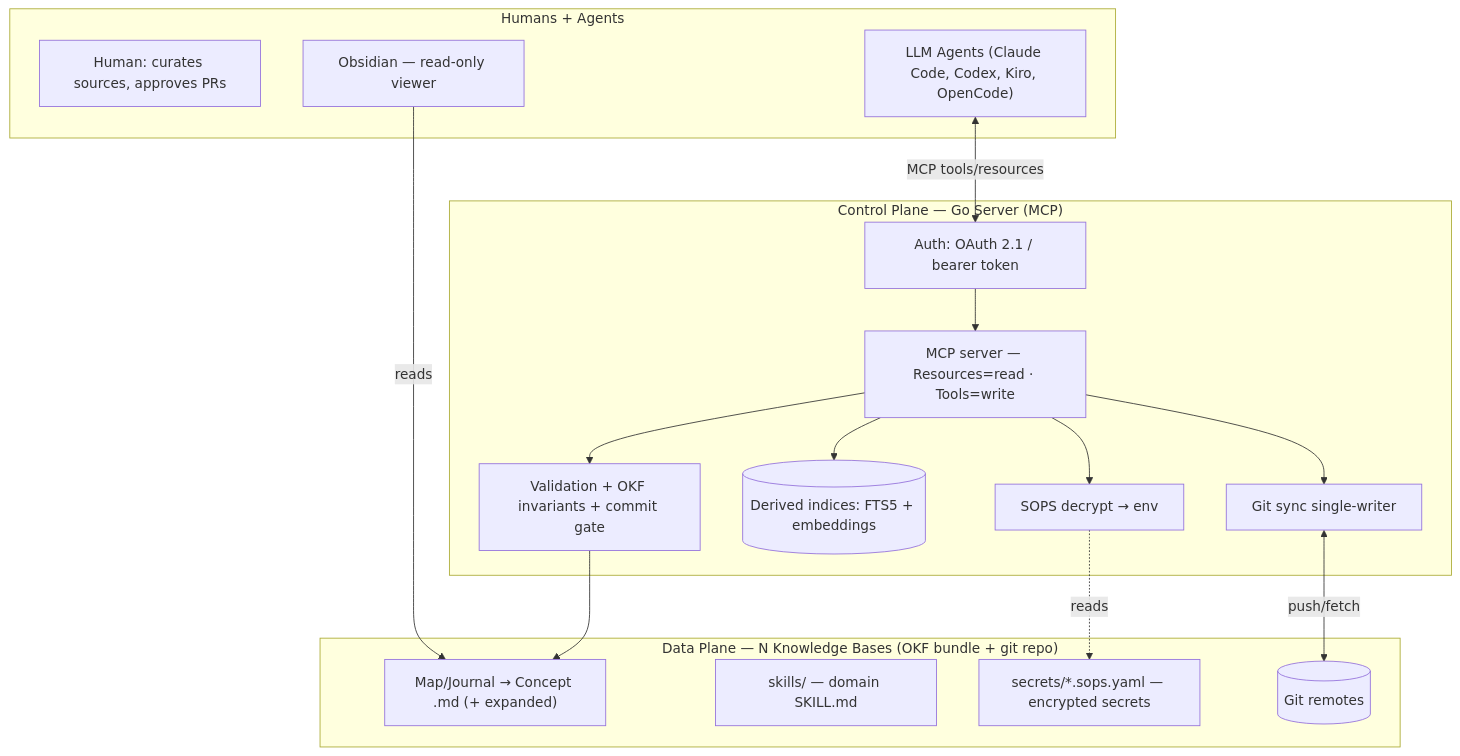
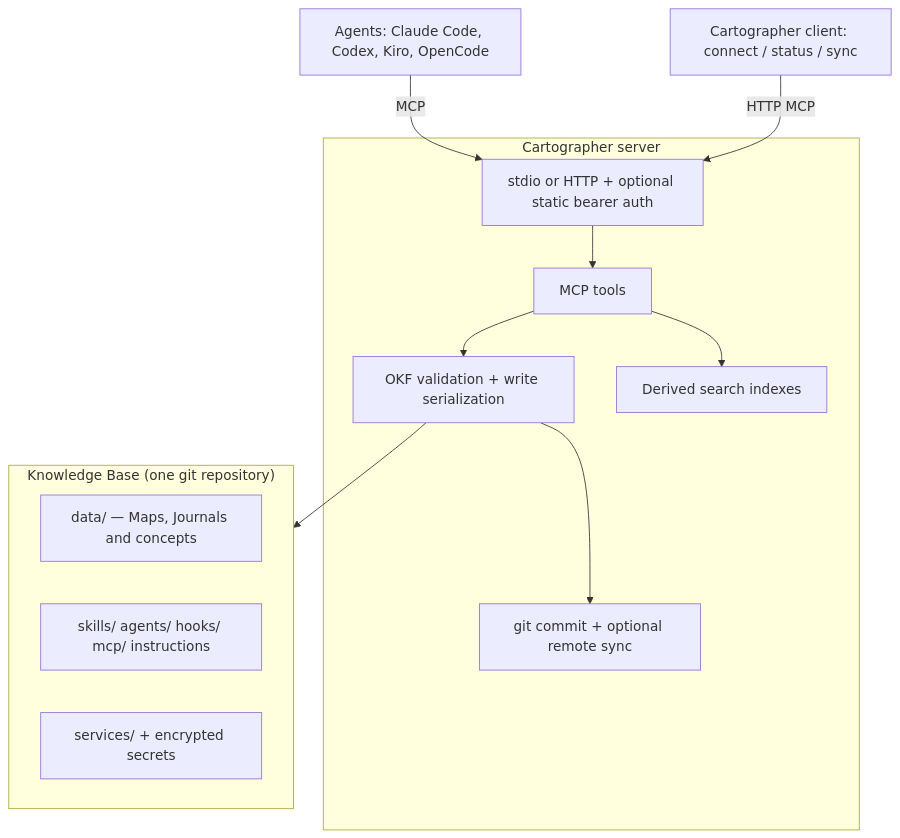
Before and after one commit to BeppeTemp/cartographer: the diagram in docs/overview.md, drawn with Mermaid. The commit also changed other lines of this file and 68 other files, not shown here.

````diff
--- a/docs/overview.md
+++ b/docs/overview.md
@@ -43,31 +48,25 @@
 ```mermaid
 flowchart TB
-    subgraph U["Humans + Agents"]
-        H[Human: curates sources, approves PRs]
-        A["LLM Agents (Claude Code, Codex, Kiro, OpenCode)"]
-        OBS[Obsidian — read-only viewer]
+    A["Agents: Claude Code, Codex, Kiro, OpenCode"]
+    C["Cartographer client: connect / status / sync"]
+
+    subgraph S["Cartographer server"]
+        T["stdio or HTTP + optional static bearer auth"]
+        M["MCP tools"]
+        V["OKF validation + write serialization"]
+        I["Derived search indexes"]
+        G["git commit + optional remote sync"]
     end
 
-    subgraph CP["Control Plane — Go Server (MCP)"]
-        AUTH[Auth: OAuth 2.1 / bearer token]
-        MCP[MCP server — Resources=read · Tools=write]
-        VAL[Validation + OKF invariants + commit gate]
-        IDX[(Derived indices: FTS5 + embeddings)]
-        SYNC[Git sync single-writer]
-        SEC[SOPS decrypt → env]
+    subgraph K["Knowledge Base (one git repository)"]
+        D["data/ — Maps, Journals and concepts"]
+        P["skills/ agents/ hooks/ mcp/ instructions"]
+        X["services/ + encrypted secrets"]
     end
 
-    subgraph DP["Data Plane — N Knowledge Bases (OKF bundle + git repo)"]
-        KB["Map/Journal → Concept .md (+ expanded)"]
-        SK["skills/ — domain SKILL.md"]
-        SECF["secrets/*.sops.yaml — encrypted secrets"]
-        REMOTE[(Git remotes)]
-    end
-
-    A <-->|MCP tools/resources| AUTH
-    AUTH --> MCP --> VAL --> KB
-    MCP --> IDX
-    MCP --> SEC -. reads .-> SECF
-    OBS -->|reads| KB
-    MCP --> SYNC <-->|push/fetch| REMOTE
+    A -->|MCP| T --> M
+    C -->|HTTP MCP| T
+    M --> V --> K
+    M --> I
+    V --> G
 ```
````
